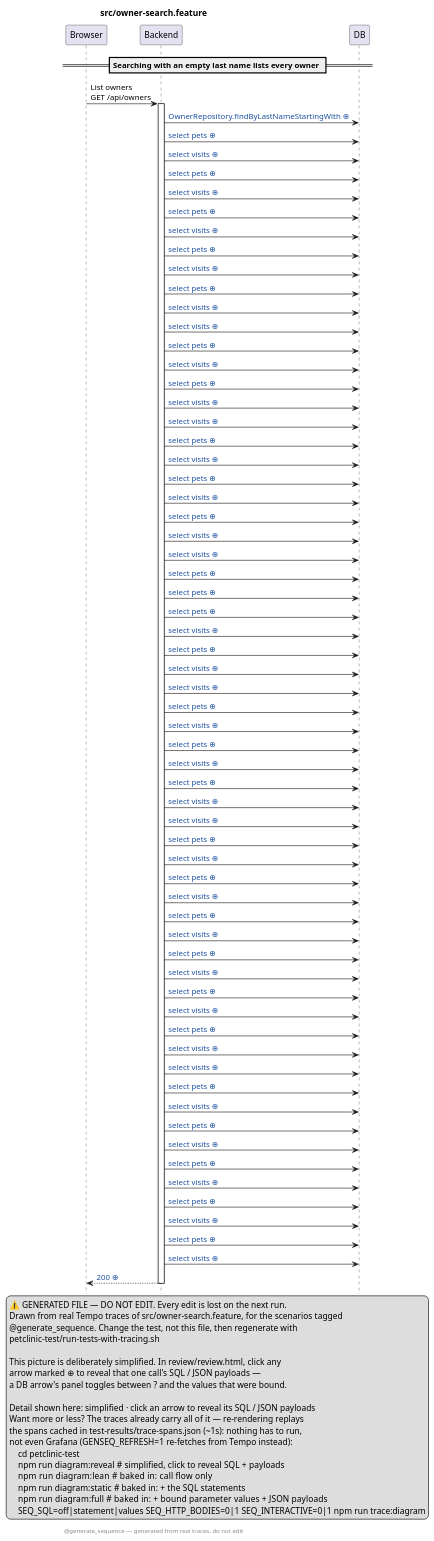
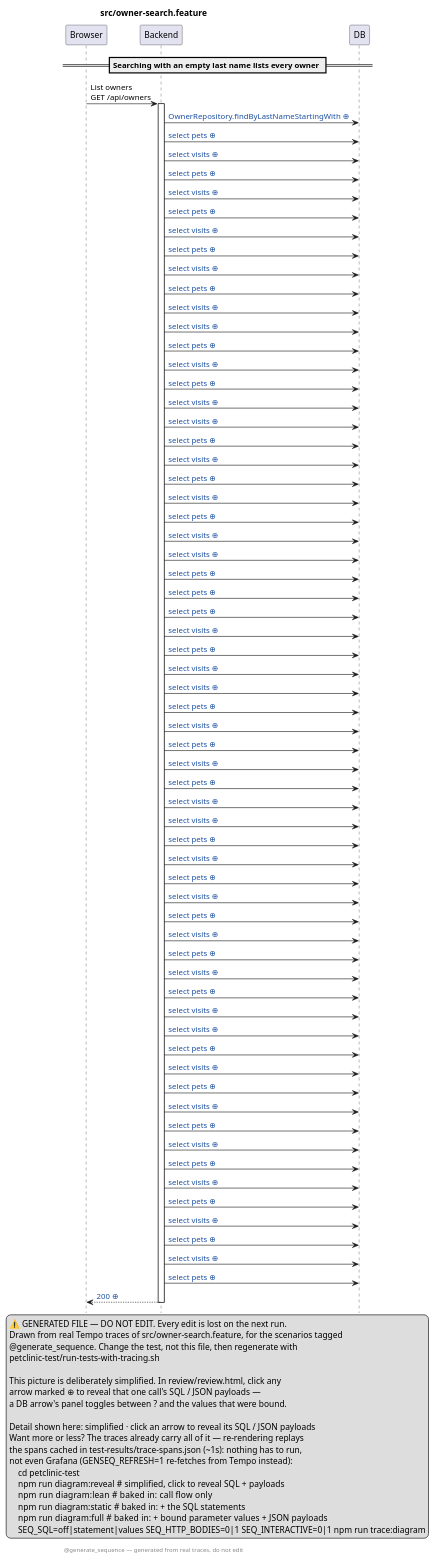
One commit to victorrentea/petclinic changed the diagram in petclinic-test/src/owner-search.feature.genseq.puml. Above: the diagram before and after it, drawn with PlantUML. The commit also changed 3 other files, not shown here.

First line of the commit message:
docs(diagrams): regenerează diagramele de secvență dintr-un run trasat

```diff
--- a/petclinic-test/src/owner-search.feature.genseq.puml
+++ b/petclinic-test/src/owner-search.feature.genseq.puml
@@ -1,98 +1,99 @@
 @startuml
 ' ⚠️  GENERATED FILE — DO NOT EDIT. Every edit is lost on the next run.
 hide footbox
 skinparam hyperlinkUnderline false
 skinparam hyperlinkColor #1A4FA0
 title src/owner-search.feature
 legend right
   ⚠️  GENERATED FILE — DO NOT EDIT. Every edit is lost on the next run.
   Drawn from real Tempo traces of src/owner-search.feature, for the scenarios tagged
   @generate_sequence. Change the test, not this file, then regenerate with
   petclinic-test/run-tests-with-tracing.sh
  
   This picture is deliberately simplified. In review/review.html, click any
   arrow marked ⊕ to reveal that one call's SQL / JSON payloads —
   a DB arrow's panel toggles between ? and the values that were bound.
  
   Detail shown here: simplified · click an arrow to reveal its SQL / JSON payloads
   Want more or less? The traces already carry all of it — re-rendering replays
   the spans cached in test-results/trace-spans.json (~1s): nothing has to run,
   not even Grafana (GENSEQ_REFRESH=1 re-fetches from Tempo instead):
       cd petclinic-test
       npm run diagram:reveal  # simplified, click to reveal SQL + payloads
       npm run diagram:lean    # baked in: call flow only
       npm run diagram:static  # baked in: + the SQL statements
       npm run diagram:full    # baked in: + bound parameter values + JSON payloads
       SEQ_SQL=off|statement|values SEQ_HTTP_BODIES=0|1 SEQ_INTERACTIVE=0|1 npm run trace:diagram
 end legend
 footer @generate_sequence — generated from real traces, do not edit
 participant Browser
 participant Backend
 participant DB
 == Searching with an empty last name lists every owner ==
 Browser -> Backend: List owners\nGET /api/owners
 activate Backend
 Backend -> DB: [[genseq://1aoufu2{Click for the statement behind this call} OwnerRepository.findByLastNameStartingWith ⊕]]
 Backend -> DB: [[genseq://1hjadar{Click for the statement behind this call} select pets ⊕]]
 Backend -> DB: [[genseq://1cdku0l{Click for the statement behind this call} select visits ⊕]]
 Backend -> DB: [[genseq://1ywvbwm{Click for the statement behind this call} select pets ⊕]]
 Backend -> DB: [[genseq://0d1jj9s{Click for the statement behind this call} select visits ⊕]]
 Backend -> DB: [[genseq://0zrdtil{Click for the statement behind this call} select pets ⊕]]
 Backend -> DB: [[genseq://11orrff{Click for the statement behind this call} select visits ⊕]]
 Backend -> DB: [[genseq://1e02kqw{Click for the statement behind this call} select pets ⊕]]
 Backend -> DB: [[genseq://1vijc0e{Click for the statement behind this call} select visits ⊕]]
 Backend -> DB: [[genseq://1afgvsf{Click for the statement behind this call} select pets ⊕]]
 Backend -> DB: [[genseq://1g0ncac{Click for the statement behind this call} select visits ⊕]]
 Backend -> DB: [[genseq://1dje28p{Click for the statement behind this call} select visits ⊕]]
 Backend -> DB: [[genseq://05qnn6q{Click for the statement behind this call} select pets ⊕]]
 Backend -> DB: [[genseq://0ko7c1b{Click for the statement behind this call} select visits ⊕]]
 Backend -> DB: [[genseq://04yaot5{Click for the statement behind this call} select pets ⊕]]
 Backend -> DB: [[genseq://0g653ka{Click for the statement behind this call} select visits ⊕]]
 Backend -> DB: [[genseq://17b1f4y{Click for the statement behind this call} select visits ⊕]]
 Backend -> DB: [[genseq://0j0trn8{Click for the statement behind this call} select pets ⊕]]
 Backend -> DB: [[genseq://16xt6fr{Click for the statement behind this call} select visits ⊕]]
 Backend -> DB: [[genseq://0qutb9k{Click for the statement behind this call} select pets ⊕]]
 Backend -> DB: [[genseq://005pv1s{Click for the statement behind this call} select visits ⊕]]
 Backend -> DB: [[genseq://0ow5hm5{Click for the statement behind this call} select pets ⊕]]
 Backend -> DB: [[genseq://1v91y5q{Click for the statement behind this call} select visits ⊕]]
 Backend -> DB: [[genseq://0jndtsl{Click for the statement behind this call} select visits ⊕]]
 Backend -> DB: [[genseq://1twjd9e{Click for the statement behind this call} select pets ⊕]]
 Backend -> DB: [[genseq://179pa5r{Click for the statement behind this call} select pets ⊕]]
 Backend -> DB: [[genseq://0spdoa4{Click for the statement behind this call} select pets ⊕]]
 Backend -> DB: [[genseq://112wt6j{Click for the statement behind this call} select visits ⊕]]
 Backend -> DB: [[genseq://1rv9amp{Click for the statement behind this call} select pets ⊕]]
 Backend -> DB: [[genseq://0s7bw5w{Click for the statement behind this call} select visits ⊕]]
 Backend -> DB: [[genseq://0q2g6ih{Click for the statement behind this call} select visits ⊕]]
 Backend -> DB: [[genseq://1vr3q9y{Click for the statement behind this call} select pets ⊕]]
 Backend -> DB: [[genseq://07widtu{Click for the statement behind this call} select visits ⊕]]
 Backend -> DB: [[genseq://11eqpar{Click for the statement behind this call} select pets ⊕]]
 Backend -> DB: [[genseq://1vvzxvz{Click for the statement behind this call} select visits ⊕]]
 Backend -> DB: [[genseq://0zn1he8{Click for the statement behind this call} select pets ⊕]]
 Backend -> DB: [[genseq://0nzx8gf{Click for the statement behind this call} select visits ⊕]]
 Backend -> DB: [[genseq://1hnj4n6{Click for the statement behind this call} select visits ⊕]]
 Backend -> DB: [[genseq://1yz2s51{Click for the statement behind this call} select pets ⊕]]
 Backend -> DB: [[genseq://106x3nx{Click for the statement behind this call} select visits ⊕]]
 Backend -> DB: [[genseq://1ui76yh{Click for the statement behind this call} select pets ⊕]]
 Backend -> DB: [[genseq://125n4x4{Click for the statement behind this call} select visits ⊕]]
 Backend -> DB: [[genseq://1wn2wlw{Click for the statement behind this call} select pets ⊕]]
 Backend -> DB: [[genseq://0p5qgoj{Click for the statement behind this call} select visits ⊕]]
-Backend -> DB: [[genseq://06hjrnf{Click for the statement behind this call} select pets ⊕]]
-Backend -> DB: [[genseq://1chbokm{Click for the statement behind this call} select visits ⊕]]
 Backend -> DB: [[genseq://10nowmm{Click for the statement behind this call} select pets ⊕]]
 Backend -> DB: [[genseq://1s8lcdt{Click for the statement behind this call} select visits ⊕]]
 Backend -> DB: [[genseq://1o34u8l{Click for the statement behind this call} select pets ⊕]]
 Backend -> DB: [[genseq://1xe5lsn{Click for the statement behind this call} select visits ⊕]]
 Backend -> DB: [[genseq://18kphn0{Click for the statement behind this call} select visits ⊕]]
 Backend -> DB: [[genseq://14lgvhs{Click for the statement behind this call} select pets ⊕]]
 Backend -> DB: [[genseq://1dn4wsq{Click for the statement behind this call} select visits ⊕]]
 Backend -> DB: [[genseq://0ccg4wn{Click for the statement behind this call} select pets ⊕]]
 Backend -> DB: [[genseq://1w0jtro{Click for the statement behind this call} select visits ⊕]]
 Backend -> DB: [[genseq://1klw40a{Click for the statement behind this call} select pets ⊕]]
 Backend -> DB: [[genseq://1tjajq1{Click for the statement behind this call} select visits ⊕]]
 Backend -> DB: [[genseq://1m8kh81{Click for the statement behind this call} select pets ⊕]]
 Backend -> DB: [[genseq://0chbrim{Click for the statement behind this call} select visits ⊕]]
 Backend -> DB: [[genseq://18567ho{Click for the statement behind this call} select pets ⊕]]
 Backend -> DB: [[genseq://13apewa{Click for the statement behind this call} select visits ⊕]]
-Backend --> Browser: [[genseq://17t70qq{Click for this call’s JSON body} 200 ⊕]]
+Backend -> DB: [[genseq://06hjrnf{Click for the statement behind this call} select pets ⊕]]
+Backend -> DB: [[genseq://1chbokm{Click for the statement behind this call} select visits ⊕]]
+Backend -> DB: [[genseq://1aa5cr0{Click for the statement behind this call} select pets ⊕]]
+Backend --> Browser: [[genseq://0jyfzws{Click for this call’s JSON body} 200 ⊕]]
 deactivate Backend
 @enduml
```
